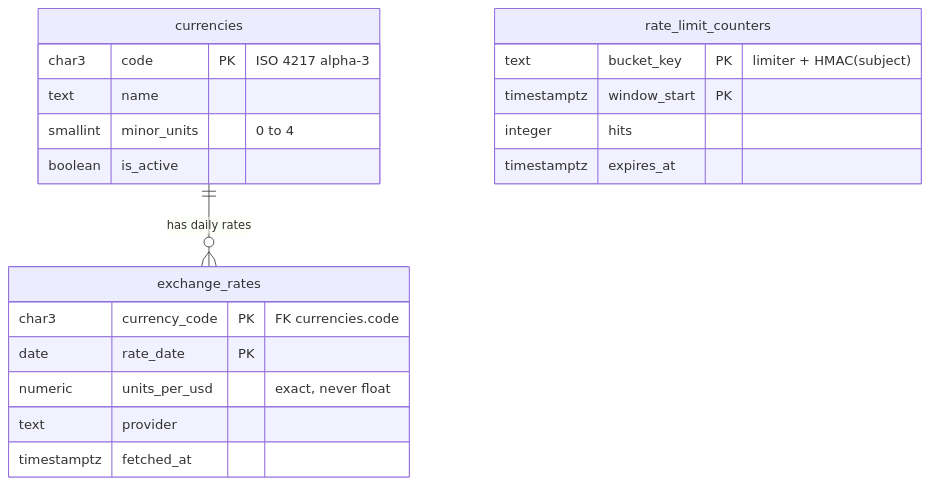
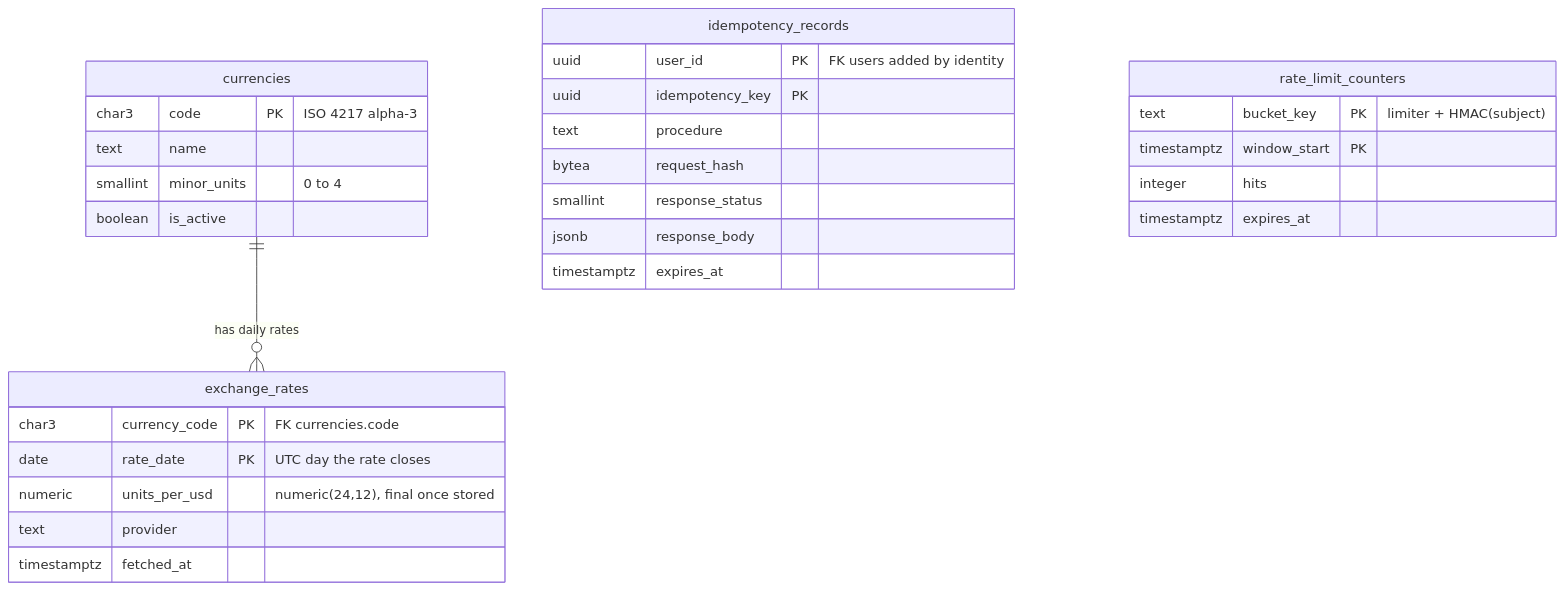
Before and after one commit to ali-hy/Budmon: the first of 9 diagrams in docs/design/platform/hld.md, drawn with Mermaid. The commit also changed other lines of this file and 1 other file, not shown here.

````diff
--- a/docs/design/platform/hld.md
+++ b/docs/design/platform/hld.md
@@ -112,23 +118,32 @@
 ```mermaid
 erDiagram
   currencies ||--o{ exchange_rates : "has daily rates"
   currencies {
     char3 code PK "ISO 4217 alpha-3"
     text name
     smallint minor_units "0 to 4"
     boolean is_active
   }
   exchange_rates {
     char3 currency_code PK "FK currencies.code"
-    date rate_date PK
-    numeric units_per_usd "exact, never float"
+    date rate_date PK "UTC day the rate closes"
+    numeric units_per_usd "numeric(24,12), final once stored"
     text provider
     timestamptz fetched_at
+  }
+  idempotency_records {
+    uuid user_id PK "FK users added by identity"
+    uuid idempotency_key PK
+    text procedure
+    bytea request_hash
+    smallint response_status
+    jsonb response_body
+    timestamptz expires_at
   }
   rate_limit_counters {
     text bucket_key PK "limiter + HMAC(subject)"
     timestamptz window_start PK
     integer hits
     timestamptz expires_at
   }
 ```
````
